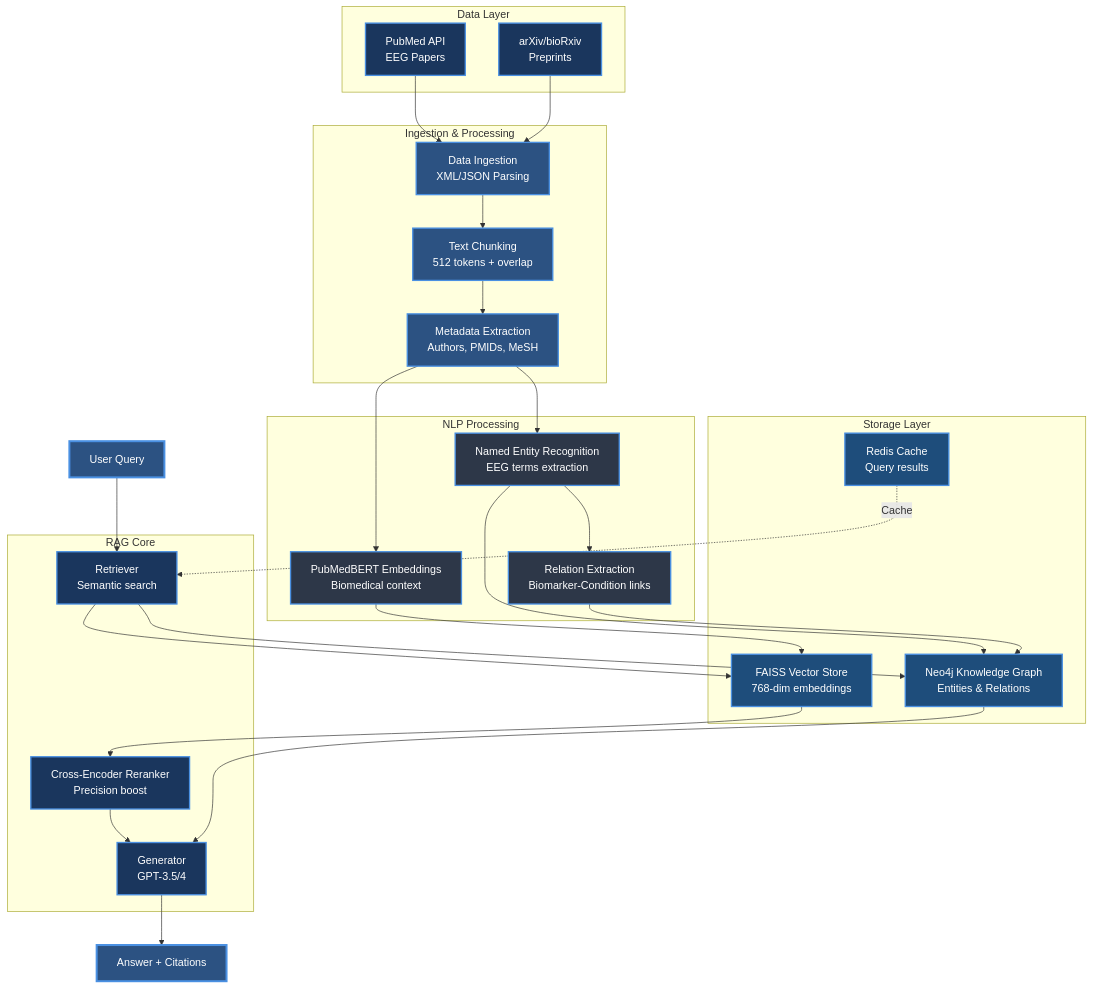
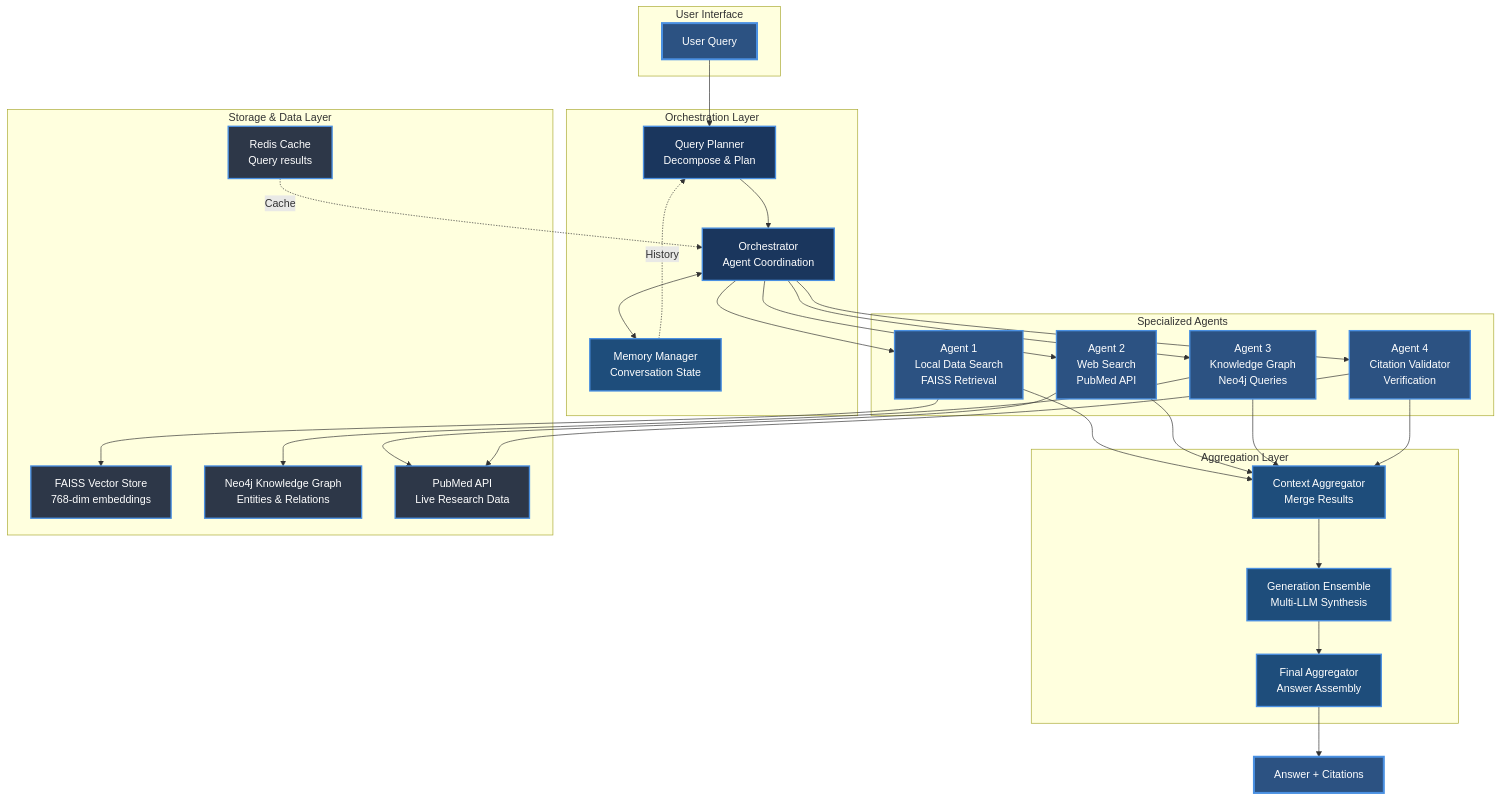
Before and after one commit to hkevin01/eeg-rag: diagram 15 of 25 in README.md, drawn with Mermaid. The commit also changed other lines of this file and 6 other files, not shown here.

Commit message:
Implement Web Search Agent for PubMed API integration with comprehensive features including E-utilities support, rate limiting, result caching, XML parsing, and error handling. Add unit tests covering article creation, search execution, caching behavior, and statistics tracking.

````diff
--- a/README.md
+++ b/README.md
@@ -888,67 +970,74 @@
 ```mermaid
 graph TB
-    subgraph "Data Layer"
-        PM[PubMed API<br/>EEG Papers]
-        AR[arXiv/bioRxiv<br/>Preprints]
-        style PM fill:#1a365d,stroke:#4a90e2,stroke-width:2px,color:#fff
-        style AR fill:#1a365d,stroke:#4a90e2,stroke-width:2px,color:#fff
+    subgraph "User Interface"
+        USER[User Query]
+        style USER fill:#2c5282,stroke:#4a90e2,stroke-width:3px,color:#fff
     end
 
-    subgraph "Ingestion & Processing"
-        ING[Data Ingestion<br/>XML/JSON Parsing]
-        CHUNK[Text Chunking<br/>512 tokens + overlap]
-        META[Metadata Extraction<br/>Authors, PMIDs, MeSH]
-        style ING fill:#2c5282,stroke:#4a90e2,stroke-width:2px,color:#fff
-        style CHUNK fill:#2c5282,stroke:#4a90e2,stroke-width:2px,color:#fff
-        style META fill:#2c5282,stroke:#4a90e2,stroke-width:2px,color:#fff
+    subgraph "Orchestration Layer"
+        PLANNER[Query Planner<br/>Decompose & Plan]
+        ORCH[Orchestrator<br/>Agent Coordination]
+        MEM[Memory Manager<br/>Conversation State]
+        style PLANNER fill:#1a365d,stroke:#4a90e2,stroke-width:2px,color:#fff
+        style ORCH fill:#1a365d,stroke:#4a90e2,stroke-width:2px,color:#fff
+        style MEM fill:#1e4d7b,stroke:#4a90e2,stroke-width:2px,color:#fff
     end
 
-    subgraph "Storage Layer"
+    subgraph "Specialized Agents"
+        AGT1[Agent 1<br/>Local Data Search<br/>FAISS Retrieval]
+        AGT2[Agent 2<br/>Web Search<br/>PubMed API]
+        AGT3[Agent 3<br/>Knowledge Graph<br/>Neo4j Queries]
+        AGT4[Agent 4<br/>Citation Validator<br/>Verification]
+        style AGT1 fill:#2c5282,stroke:#4a90e2,stroke-width:2px,color:#fff
+        style AGT2 fill:#2c5282,stroke:#4a90e2,stroke-width:2px,color:#fff
+        style AGT3 fill:#2c5282,stroke:#4a90e2,stroke-width:2px,color:#fff
+        style AGT4 fill:#2c5282,stroke:#4a90e2,stroke-width:2px,color:#fff
+    end
+
+    subgraph "Aggregation Layer"
+        CTX[Context Aggregator<br/>Merge Results]
+        ENS[Generation Ensemble<br/>Multi-LLM Synthesis]
+        FINAL[Final Aggregator<br/>Answer Assembly]
+        style CTX fill:#1e4d7b,stroke:#4a90e2,stroke-width:2px,color:#fff
+        style ENS fill:#1e4d7b,stroke:#4a90e2,stroke-width:2px,color:#fff
+        style FINAL fill:#1e4d7b,stroke:#4a90e2,stroke-width:2px,color:#fff
+    end
+
+    subgraph "Storage & Data Layer"
         FAISS[FAISS Vector Store<br/>768-dim embeddings]
         NEO[Neo4j Knowledge Graph<br/>Entities & Relations]
         REDIS[Redis Cache<br/>Query results]
-        style FAISS fill:#1e4d7b,stroke:#4a90e2,stroke-width:2px,color:#fff
-        style NEO fill:#1e4d7b,stroke:#4a90e2,stroke-width:2px,color:#fff
-        style REDIS fill:#1e4d7b,stroke:#4a90e2,stroke-width:2px,color:#fff
+        PUBMED[PubMed API<br/>Live Research Data]
+        style FAISS fill:#2d3748,stroke:#4a90e2,stroke-width:2px,color:#fff
+        style NEO fill:#2d3748,stroke:#4a90e2,stroke-width:2px,color:#fff
+        style REDIS fill:#2d3748,stroke:#4a90e2,stroke-width:2px,color:#fff
+        style PUBMED fill:#2d3748,stroke:#4a90e2,stroke-width:2px,color:#fff
     end
 
-    subgraph "NLP Processing"
-        EMB[PubMedBERT Embeddings<br/>Biomedical context]
-        NER[Named Entity Recognition<br/>EEG terms extraction]
-        REL[Relation Extraction<br/>Biomarker-Condition links]
-        style EMB fill:#2d3748,stroke:#4a90e2,stroke-width:2px,color:#fff
-        style NER fill:#2d3748,stroke:#4a90e2,stroke-width:2px,color:#fff
-        style REL fill:#2d3748,stroke:#4a90e2,stroke-width:2px,color:#fff
-    end
+    USER --> PLANNER
+    PLANNER --> ORCH
+    ORCH <--> MEM
+    ORCH --> AGT1
+    ORCH --> AGT2
+    ORCH --> AGT3
+    ORCH --> AGT4
 
-    subgraph "RAG Core"
-        RET[Retriever<br/>Semantic search]
-        RERANK[Cross-Encoder Reranker<br/>Precision boost]
-        GEN[Generator<br/>GPT-3.5/4]
-        style RET fill:#1a365d,stroke:#4a90e2,stroke-width:2px,color:#fff
-        style RERANK fill:#1a365d,stroke:#4a90e2,stroke-width:2px,color:#fff
-        style GEN fill:#1a365d,stroke:#4a90e2,stroke-width:2px,color:#fff
-    end
+    AGT1 --> FAISS
+    AGT2 --> PUBMED
+    AGT3 --> NEO
+    AGT4 --> PUBMED
 
-    USER[User Query] --> RET
-    PM --> ING
-    AR --> ING
-    ING --> CHUNK
-    CHUNK --> META
-    META --> EMB
-    EMB --> FAISS
-    META --> NER
-    NER --> NEO
-    NER --> REL
-    REL --> NEO
-    RET --> FAISS
-    RET --> NEO
-    FAISS --> RERANK
-    RERANK --> GEN
-    NEO --> GEN
-    REDIS -.Cache.-> RET
-    GEN --> ANS[Answer + Citations]
+    AGT1 --> CTX
+    AGT2 --> CTX
+    AGT3 --> CTX
+    AGT4 --> CTX
 
-    style USER fill:#2c5282,stroke:#4a90e2,stroke-width:3px,color:#fff
+    CTX --> ENS
+    ENS --> FINAL
+    FINAL --> ANS[Answer + Citations]
+
+    REDIS -.Cache.-> ORCH
+    MEM -.History.-> PLANNER
+
     style ANS fill:#2c5282,stroke:#4a90e2,stroke-width:3px,color:#fff
 ```
````
